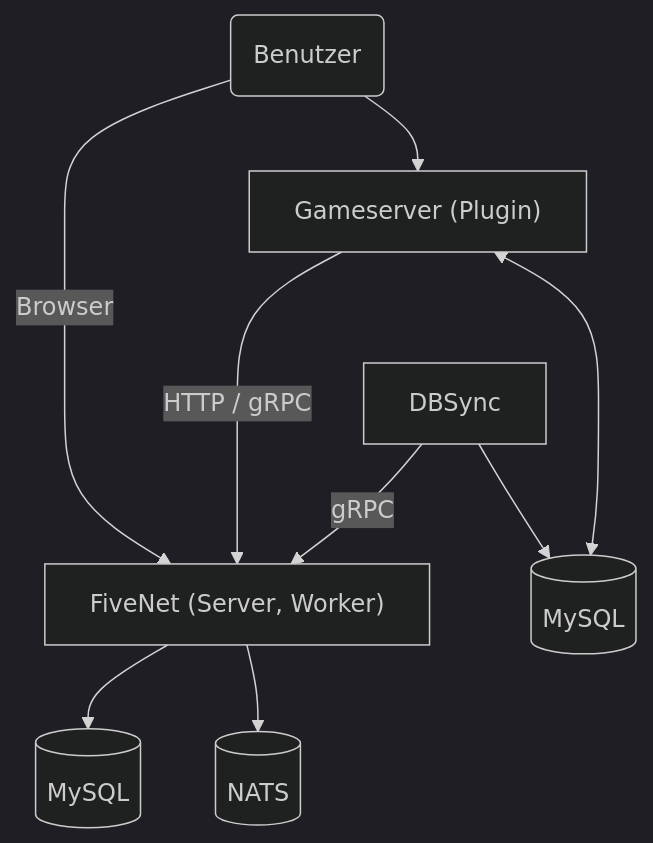
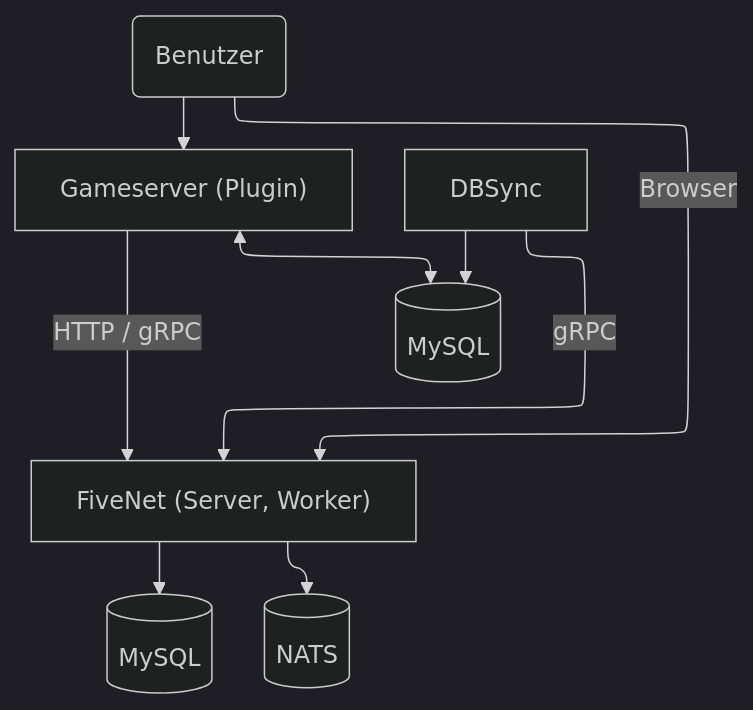
The first of 2 diagrams in content/de/1.getting-started/3.components.md (fivenet-app/fivenet-app.github.io), drawn with Mermaid before and after one commit. The commit also changed other lines of this file and 1 other file, not shown here.

Commit message:
fix: use elk layout for diagrams

````diff
--- a/content/de/1.getting-started/3.components.md
+++ b/content/de/1.getting-started/3.components.md
@@ -10,21 +10,22 @@
 ```mermaid
 ---
 config:
   theme: dark
+  layout: elk
 ---
 flowchart TD
     User("Benutzer") -->|Browser| FiveNet
     User --> Gameserver
     Gameserver --->|HTTP / gRPC| FiveNet
 
     FiveNet --> MySQL
     FiveNet --> NATS
 
     FiveNet["FiveNet (Server, Worker)"]
     Gameserver["Gameserver (Plugin)"]
     DBSync -->|gRPC| FiveNet
     DBSync --> MySQL2
     Gameserver <--> MySQL2[(MySQL)]
     MySQL[(MySQL)]
     NATS[(NATS)]
 ```
````
